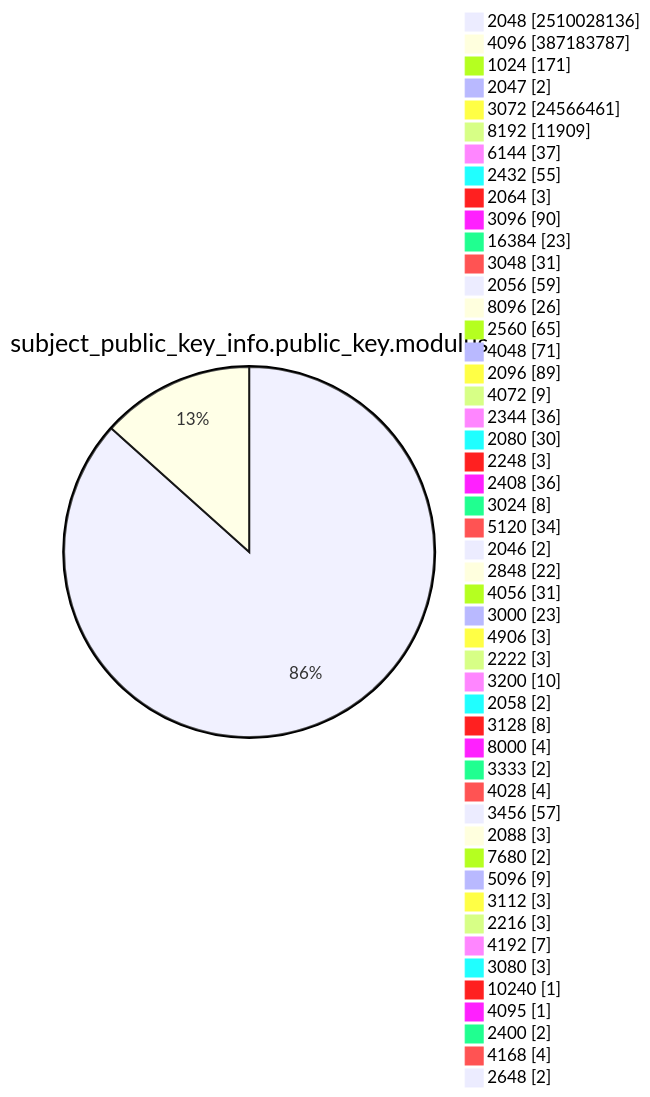
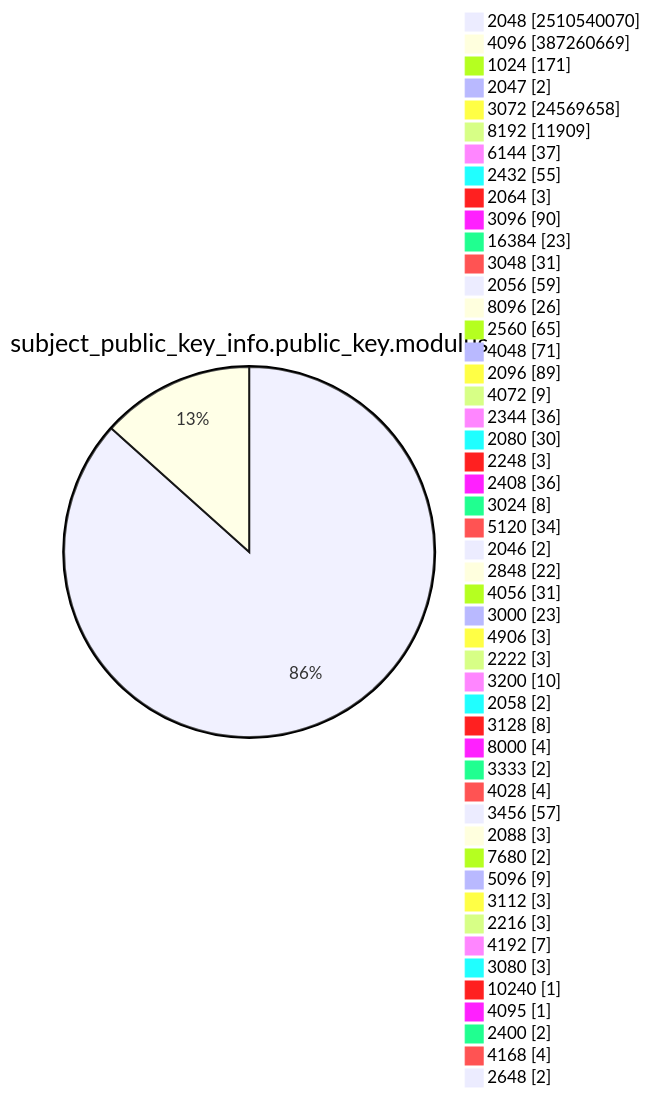
Before and after one commit to christiankrug/ctmonitor_visualization: diagram 13 of 15 in TOTAL/README.md, drawn with Mermaid. The commit also changed other lines of this file, not shown here.

````diff
--- a/TOTAL/README.md
+++ b/TOTAL/README.md
@@ -4169,53 +4169,53 @@
 ```mermaid
 pie showData
 title subject_public_key_info.public_key.modulus
-"2048" :2510028136
-"4096" :387183787
+"2048" :2510540070
+"4096" :387260669
 "1024" :171
 "2047" :2
-"3072" :24566461
+"3072" :24569658
 "8192" :11909
 "6144" :37
 "2432" :55
 "2064" :3
 "3096" :90
 "16384" :23
 "3048" :31
 "2056" :59
 "8096" :26
 "2560" :65
 "4048" :71
 "2096" :89
 "4072" :9
 "2344" :36
 "2080" :30
 "2248" :3
 "2408" :36
 "3024" :8
 "5120" :34
 "2046" :2
 "2848" :22
 "4056" :31
 "3000" :23
 "4906" :3
 "2222" :3
 "3200" :10
 "2058" :2
 "3128" :8
 "8000" :4
 "3333" :2
 "4028" :4
 "3456" :57
 "2088" :3
 "7680" :2
 "5096" :9
 "3112" :3
 "2216" :3
 "4192" :7
 "3080" :3
 "10240" :1
 "4095" :1
 "2400" :2
 "4168" :4
 "2648" :2
 ```
````
